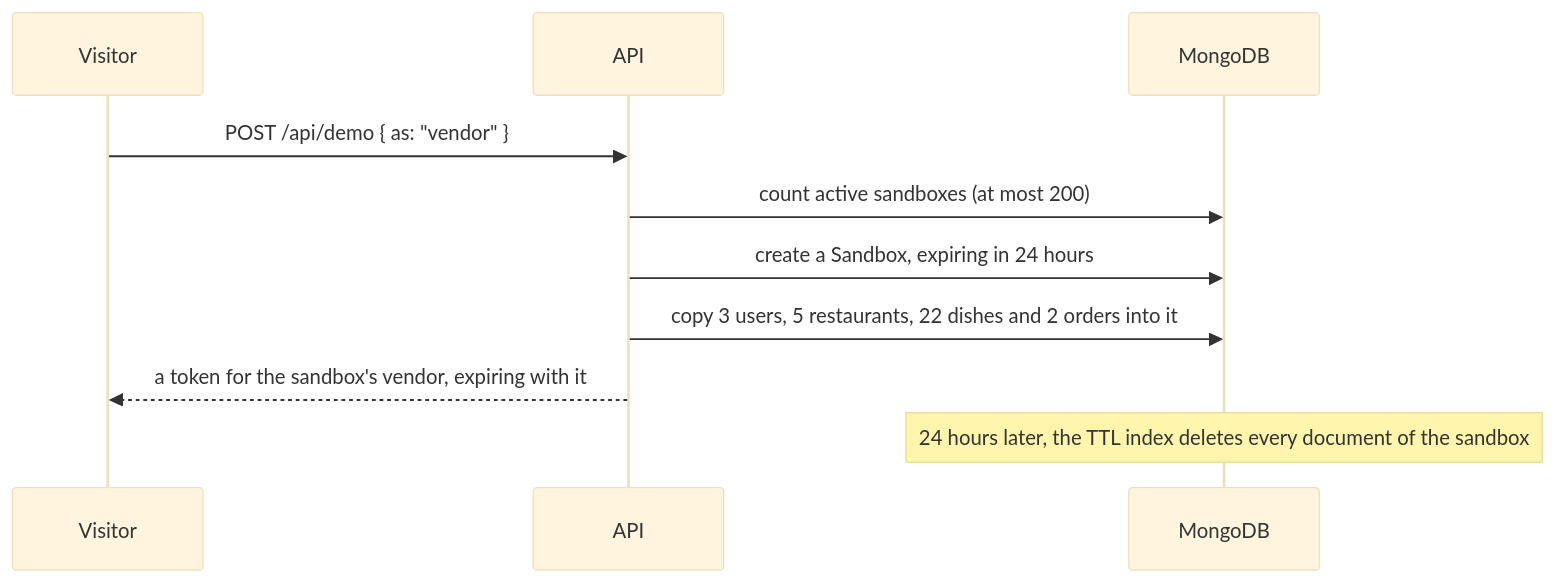
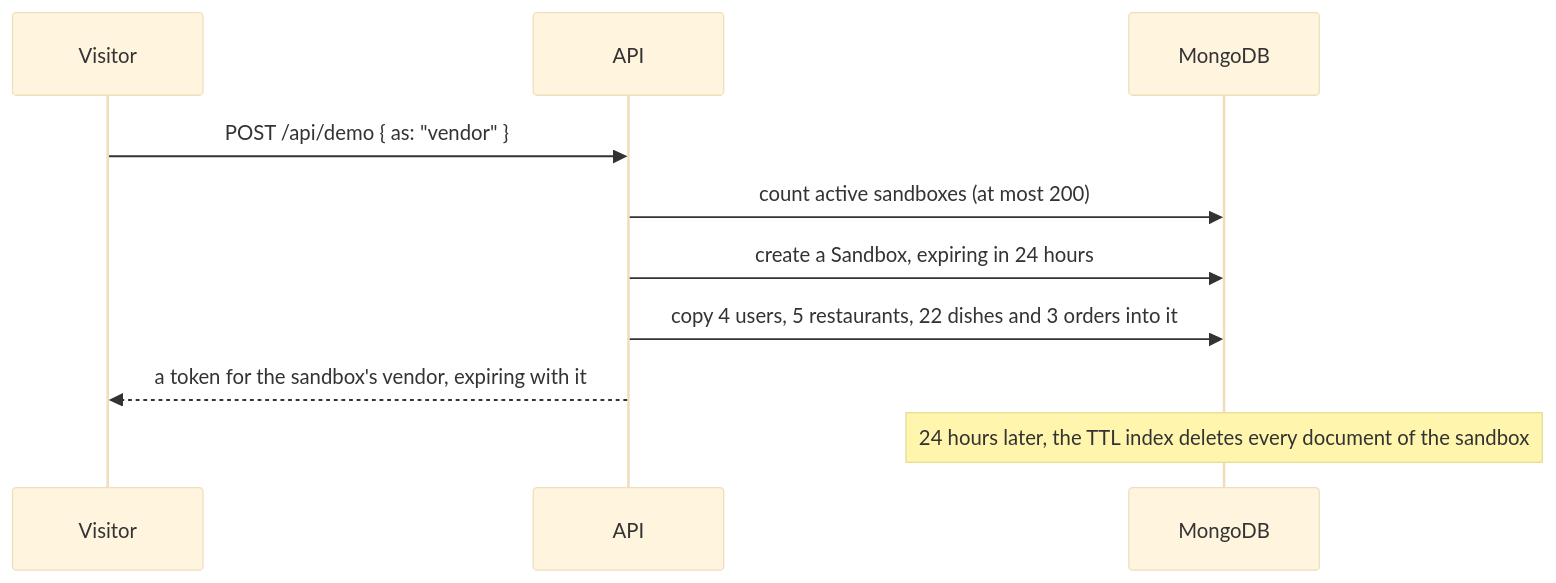
One commit to iamrs77/foodiez changed the fifth of 5 diagrams in docs/architecture.md. Above: the diagram before and after it, drawn with Mermaid (base theme). The commit also changed other lines of this file and 18 other files, not shown here.

First line of the commit message:
Document the order flow, search, logging and tests, with new screenshots

````diff
--- a/docs/architecture.md
+++ b/docs/architecture.md
@@ -143,12 +186,12 @@
 ```mermaid
 sequenceDiagram
   participant V as Visitor
   participant API
   participant DB as MongoDB
   V->>API: POST /api/demo { as: "vendor" }
   API->>DB: count active sandboxes (at most 200)
   API->>DB: create a Sandbox, expiring in 24 hours
-  API->>DB: copy 3 users, 5 restaurants, 22 dishes and 2 orders into it
+  API->>DB: copy 4 users, 5 restaurants, 22 dishes and 3 orders into it
   API-->>V: a token for the sandbox's vendor, expiring with it
   Note over DB: 24 hours later, the TTL index deletes every document of the sandbox
 ```
````
